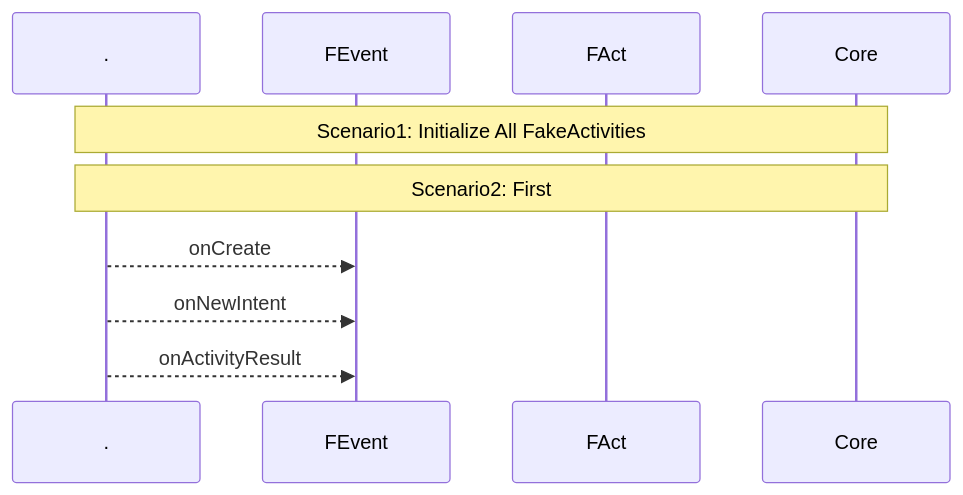
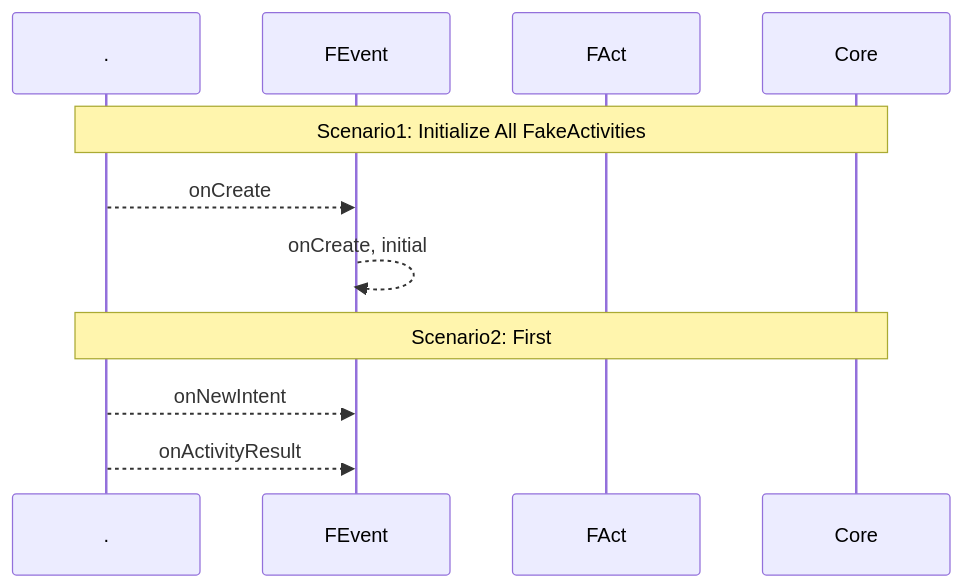
One commit to gordianknotC/nxp_note changed the fourth of 6 diagrams in flutter/android_to_flutter.md. Above: the diagram before and after it, drawn with Mermaid. The commit also changed other lines of this file, not shown here.

````diff
--- a/flutter/android_to_flutter.md
+++ b/flutter/android_to_flutter.md
@@ -167,19 +167,21 @@
 ```mermaid
 sequenceDiagram
 participant .
 participant FEvent
 participant FAct
 participant Core
 
 Note over ., Core: Scenario1: Initialize All FakeActivities
+. -->> FEvent :onCreate
+FEvent -->> FEvent: onCreate, initial
 
 Note over ., Core: Scenario2: First 
-. -->> FEvent :onCreate
+
 
 
 
 . -->> FEvent: onNewIntent
 
 . -->> FEvent: onActivityResult
 
 ```
````
